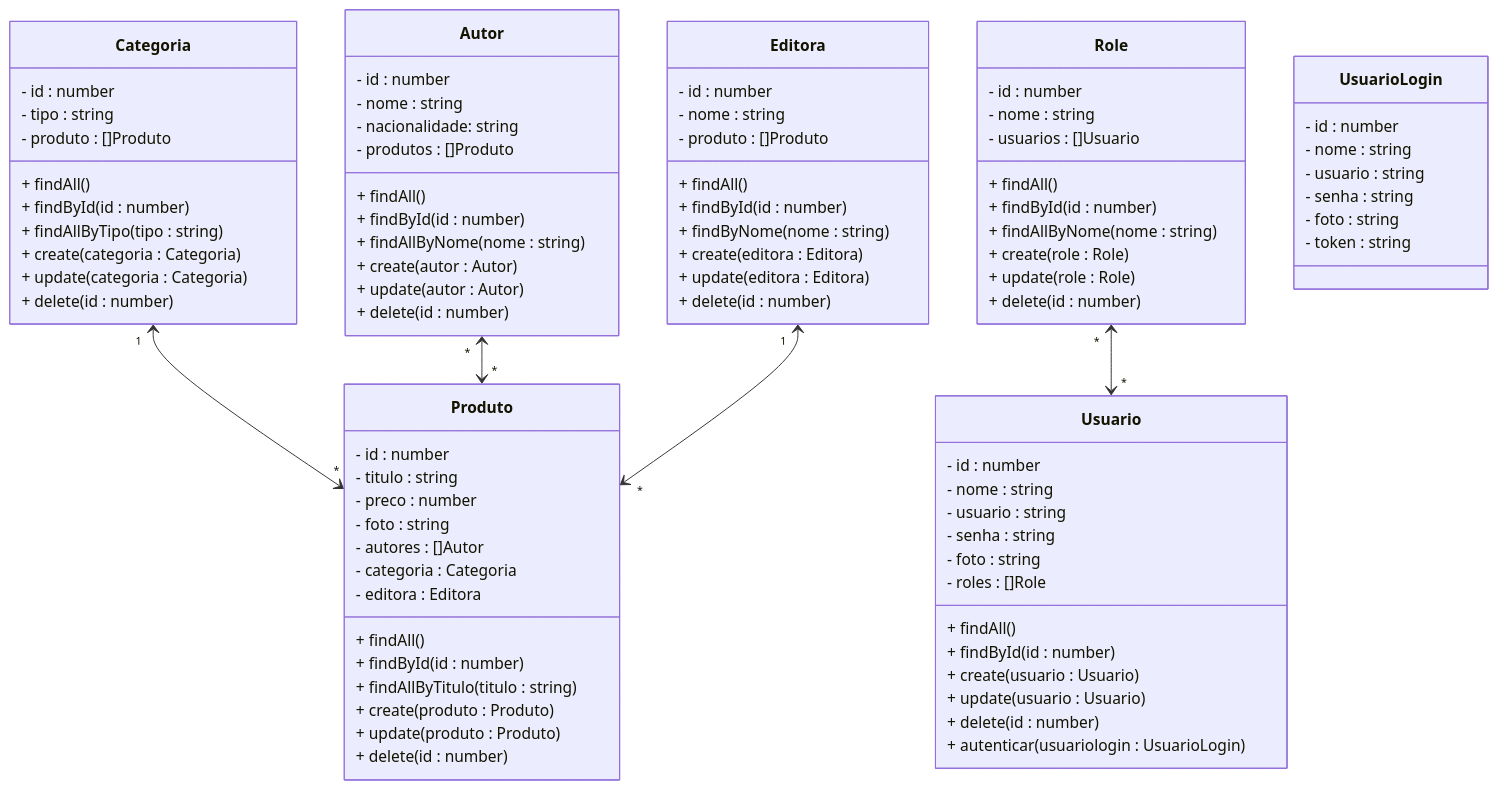
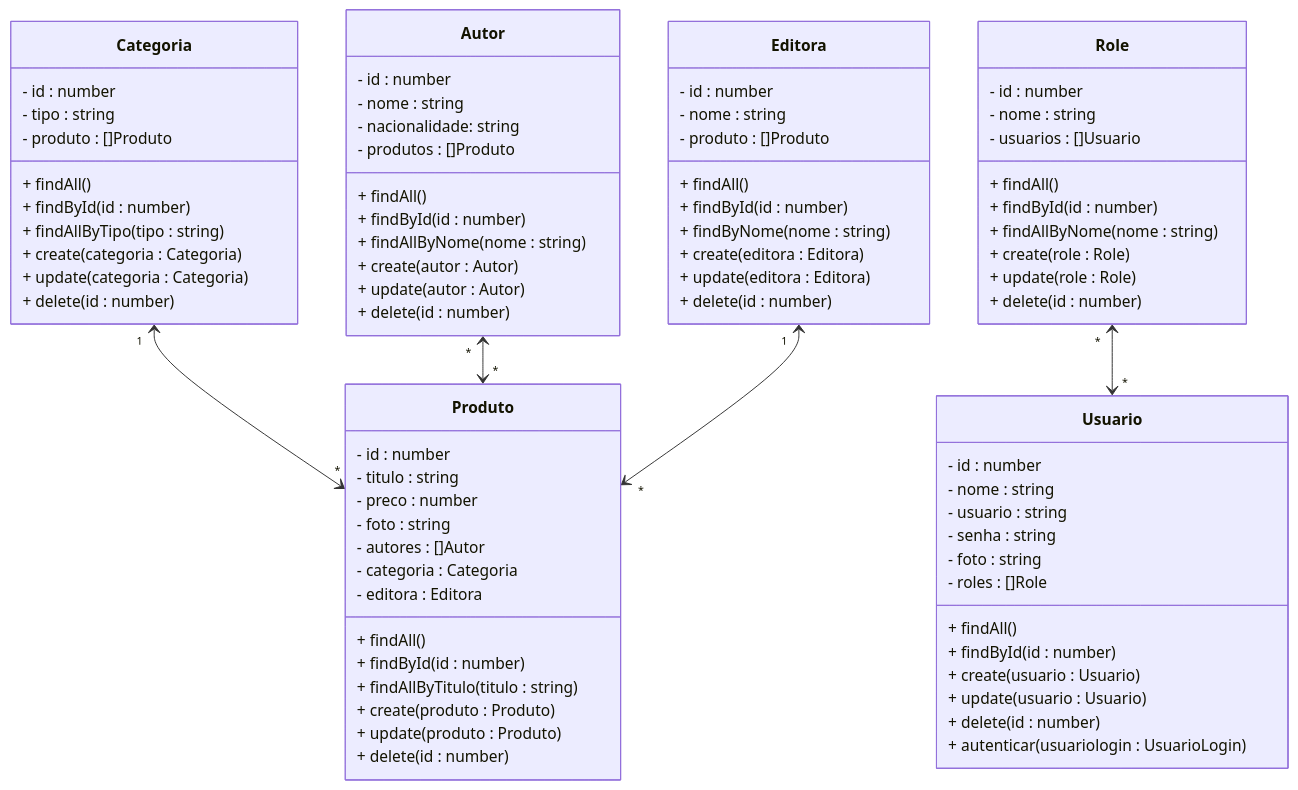
Before and after one commit to rafaelq80/livraria-nest: the diagram in README.md, drawn with Mermaid. The commit also changed other lines of this file, not shown here.

```diff
--- a/README.md
+++ b/README.md
@@ -123,14 +113,6 @@
   + update(role : Role)
   + delete(id : number)
 }
-class UsuarioLogin{
-  - id : number
-  - nome : string
-  - usuario : string
-  - senha : string
-  - foto : string
-  - token : string
-}
 Categoria "1" <--> "*" Produto
 Autor "*" <--> "*" Produto
 Editora "1" <--> "*" Produto
```
